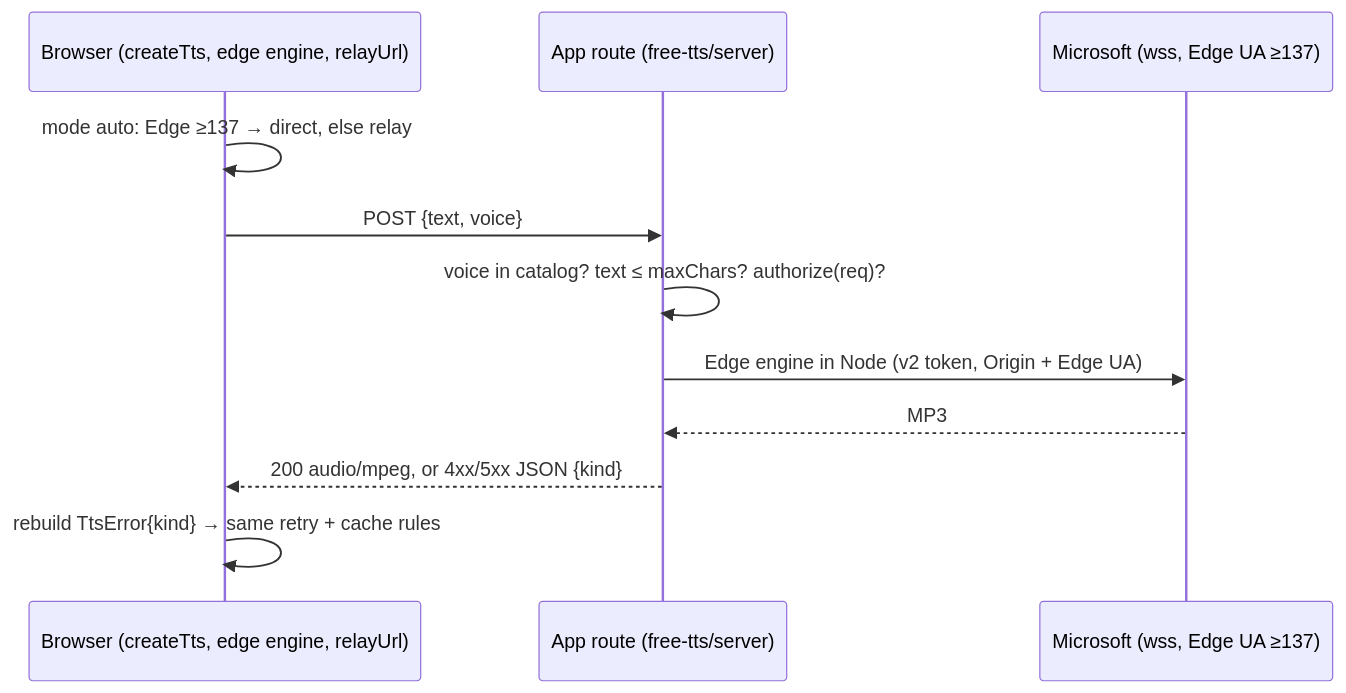
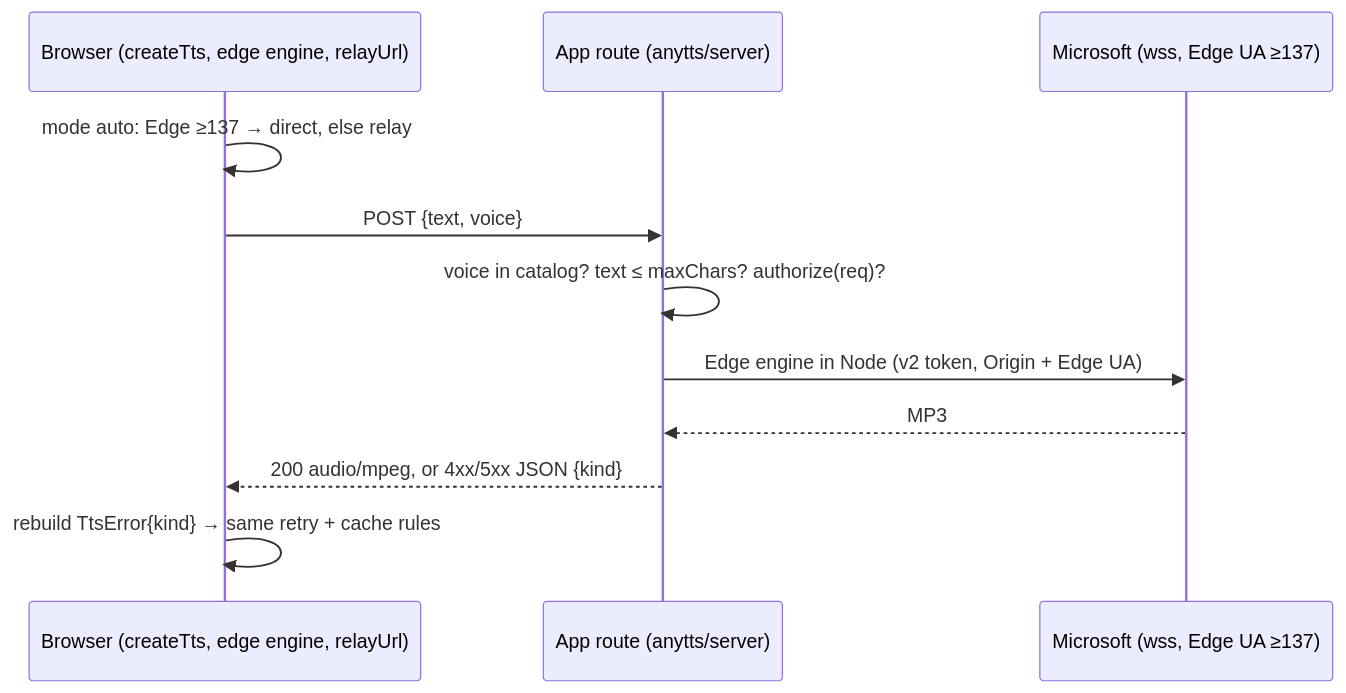
One commit to gmotyl/anytts changed the third of 3 diagrams in openspec/changes/2026-10-14-free-tts-v1/design.md. Above: the diagram before and after it, drawn with Mermaid. The commit also changed other lines of this file and 11 other files, not shown here.

````diff
--- a/openspec/changes/2026-10-14-free-tts-v1/design.md
+++ b/openspec/changes/2026-10-14-free-tts-v1/design.md
@@ -153,13 +158,13 @@
 ```mermaid
 sequenceDiagram
   participant B as Browser (createTts, edge engine, relayUrl)
-  participant R as App route (free-tts/server)
+  participant R as App route (anytts/server)
   participant M as Microsoft (wss, Edge UA ≥137)
   B->>B: mode auto: Edge ≥137 → direct, else relay
   B->>R: POST {text, voice}
   R->>R: voice in catalog? text ≤ maxChars? authorize(req)?
   R->>M: Edge engine in Node (v2 token, Origin + Edge UA)
   M-->>R: MP3
   R-->>B: 200 audio/mpeg, or 4xx/5xx JSON {kind}
   B->>B: rebuild TtsError{kind} → same retry + cache rules
 ```
````
